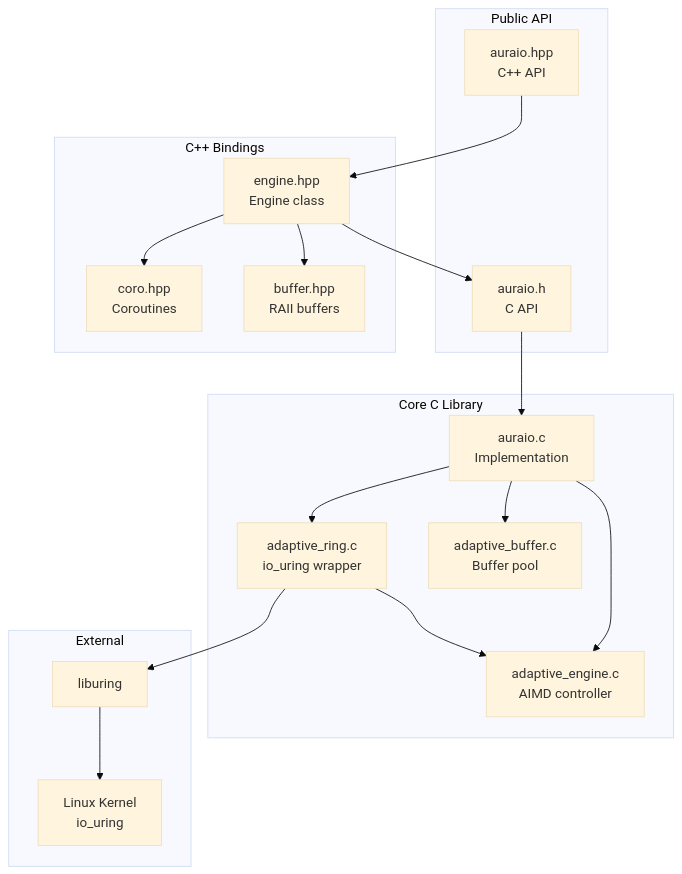
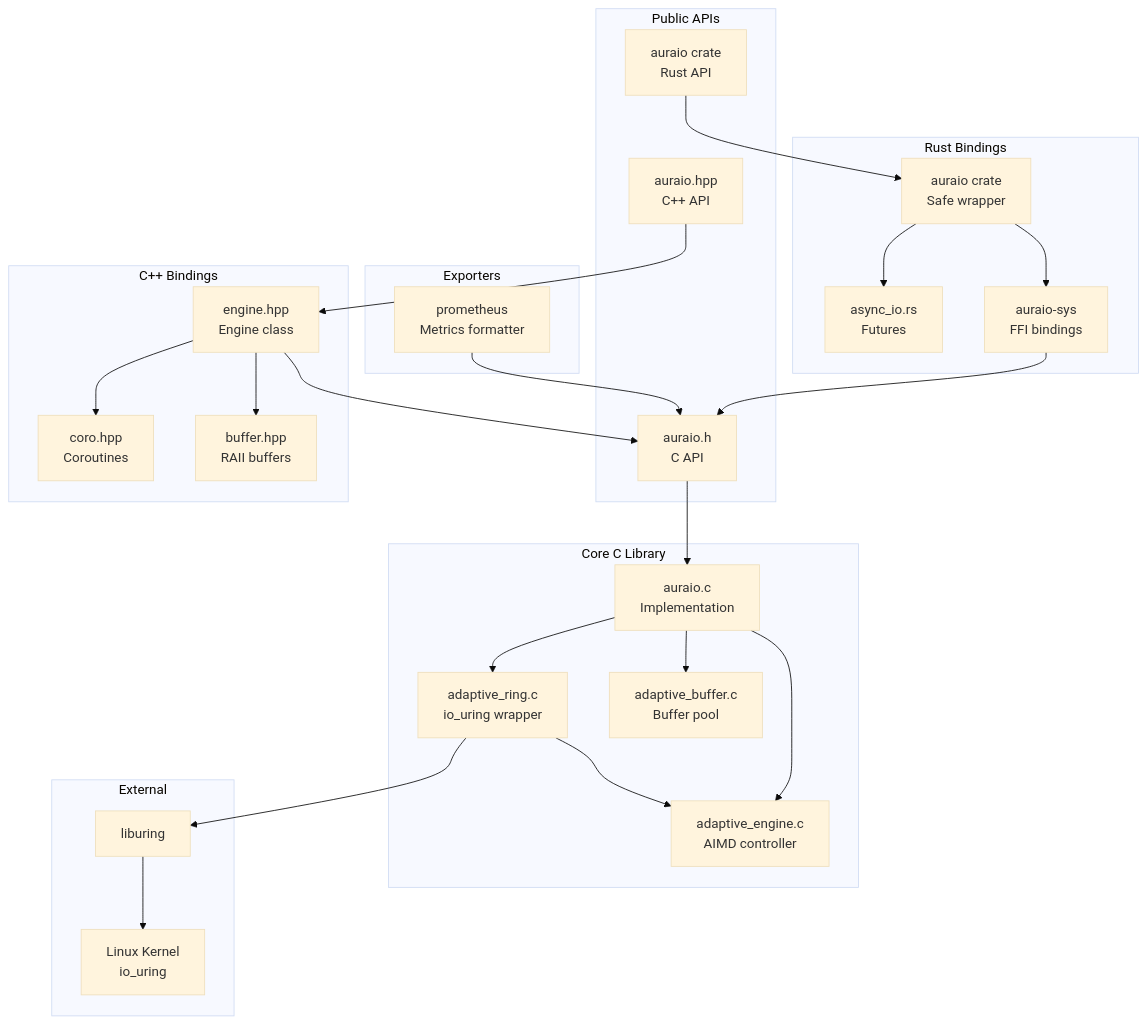
Before and after one commit to Par-B/AuraIO: the first of 4 diagrams in docs/CODEBASE_MAP.md, drawn with Mermaid (base theme). The commit also changed other lines of this file and 2 other files, not shown here.

````diff
--- a/docs/CODEBASE_MAP.md
+++ b/docs/CODEBASE_MAP.md
@@ -15,37 +15,53 @@
 ```mermaid
 graph TB
-    subgraph "Public API"
+    subgraph "Public APIs"
         CAPI[auraio.h<br/>C API]
         CPPAPI[auraio.hpp<br/>C++ API]
+        RustAPI[auraio crate<br/>Rust API]
     end
 
     subgraph "C++ Bindings"
         Engine[engine.hpp<br/>Engine class]
         Coro[coro.hpp<br/>Coroutines]
-        Buffer[buffer.hpp<br/>RAII buffers]
+        CppBuf[buffer.hpp<br/>RAII buffers]
+    end
+
+    subgraph "Rust Bindings"
+        RustSafe[auraio crate<br/>Safe wrapper]
+        RustAsync[async_io.rs<br/>Futures]
+        RustSys[auraio-sys<br/>FFI bindings]
+    end
+
+    subgraph "Exporters"
+        Prom[prometheus<br/>Metrics formatter]
     end
 
     subgraph "Core C Library"
         Impl[auraio.c<br/>Implementation]
         Ring[adaptive_ring.c<br/>io_uring wrapper]
         Adaptive[adaptive_engine.c<br/>AIMD controller]
         BufPool[adaptive_buffer.c<br/>Buffer pool]
     end
 
     subgraph "External"
         liburing[liburing]
         Kernel[Linux Kernel<br/>io_uring]
     end
 
     CPPAPI --> Engine
     Engine --> Coro
-    Engine --> Buffer
+    Engine --> CppBuf
     Engine --> CAPI
+    RustAPI --> RustSafe
+    RustSafe --> RustAsync
+    RustSafe --> RustSys
+    RustSys --> CAPI
+    Prom --> CAPI
     CAPI --> Impl
     Impl --> Ring
     Impl --> Adaptive
     Impl --> BufPool
     Ring --> Adaptive
     Ring --> liburing
     liburing --> Kernel
 ```
````
